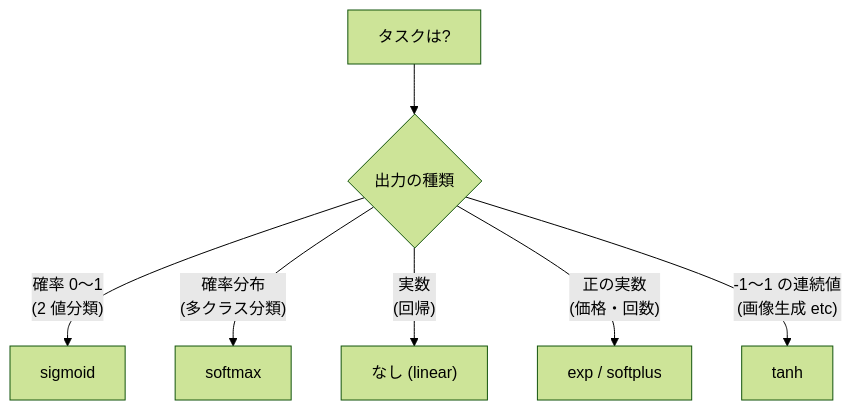
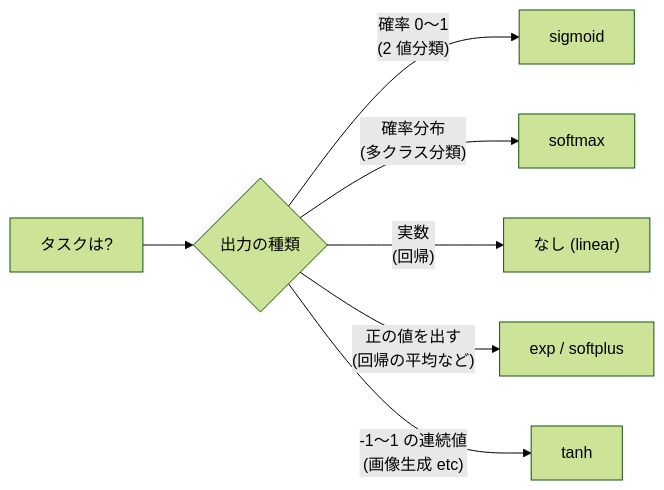
Before and after one commit to nao1215/debimate: the diagram in projects/ml/notes/ml/activation-functions/index.md, drawn with Mermaid (forest theme). The commit also changed other lines of this file and 125 other files, not shown here.

````diff
--- a/projects/ml/notes/ml/activation-functions/index.md
+++ b/projects/ml/notes/ml/activation-functions/index.md
@@ -141,9 +157,9 @@
 ```mermaid
-graph TD
+flowchart LR
     A["タスクは?"] --> B{"出力の種類"}
     B -->|"確率 0〜1<br/>(2 値分類)"| C["sigmoid"]
     B -->|"確率分布<br/>(多クラス分類)"| D["softmax"]
     B -->|"実数<br/>(回帰)"| E["なし (linear)"]
-    B -->|"正の実数<br/>(価格・回数)"| F["exp / softplus"]
+    B -->|"正の値を出す<br/>(回帰の平均など)"| F["exp / softplus"]
     B -->|"-1〜1 の連続値<br/>(画像生成 etc)"| G["tanh"]
 ```
````
